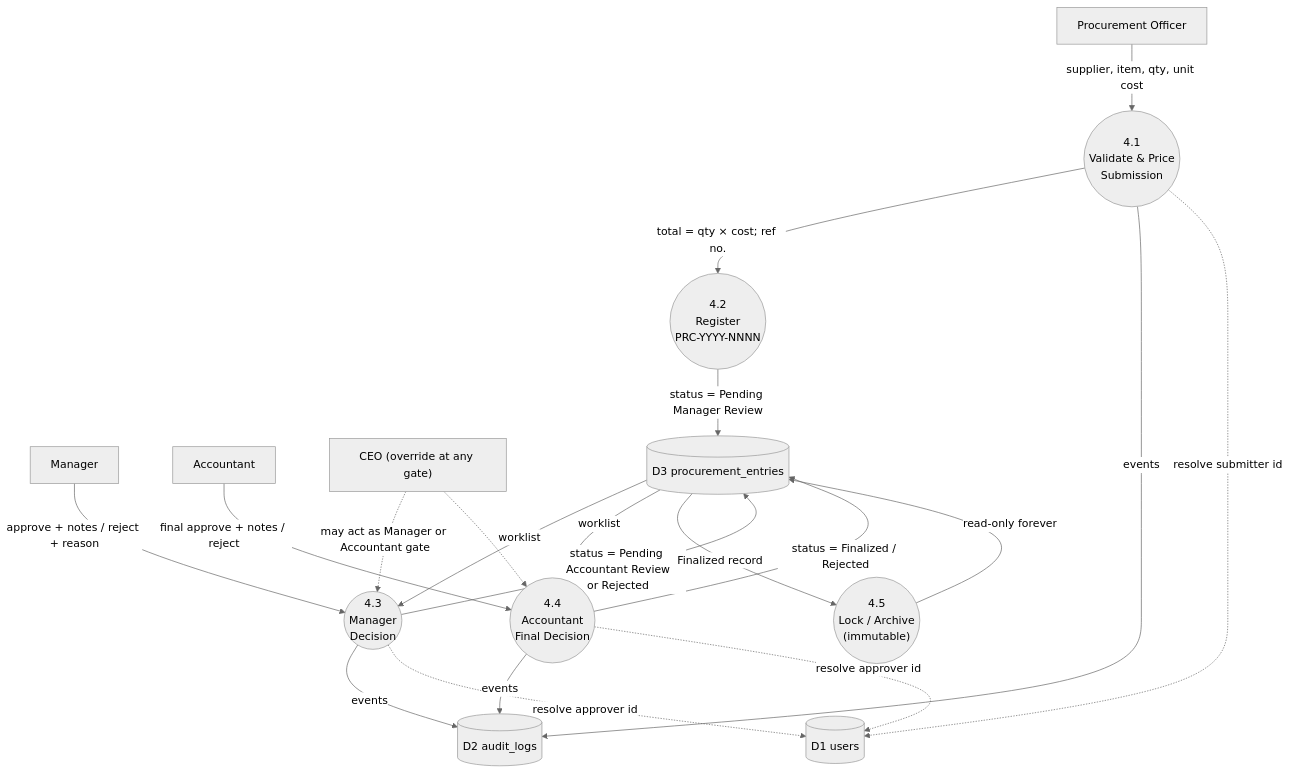
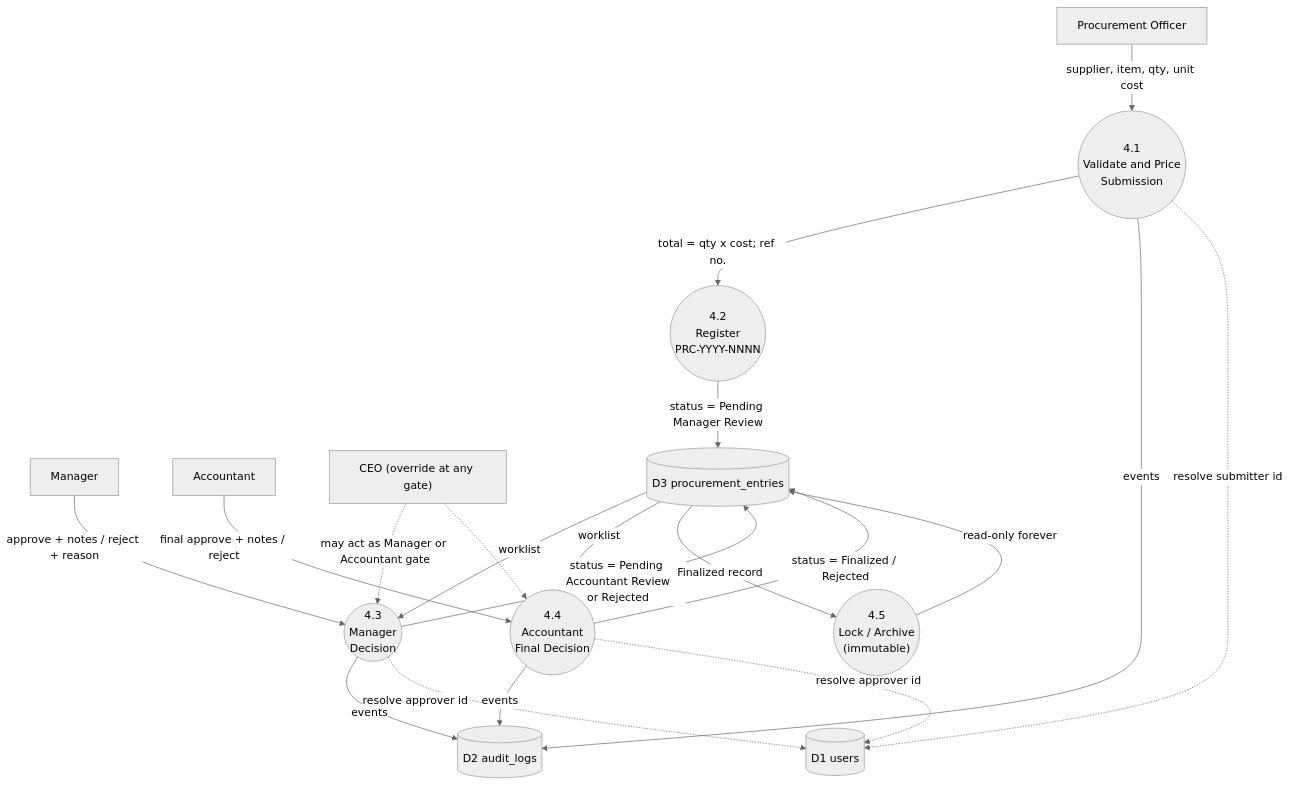
The third of 6 diagrams in docs/02-data-flow-diagrams.md (yohan-sudo/epms-local), drawn with Mermaid (neutral theme) before and after one commit. The commit also changed other lines of this file and 62 other files, not shown here.

First line of the commit message:
Remove role switcher, enforce uppercase names, make docs pure portable Mermaid

````diff
--- a/docs/02-data-flow-diagrams.md
+++ b/docs/02-data-flow-diagrams.md
@@ -120,34 +145,37 @@
 ```mermaid
-flowchart TB
+graph TB
     PO["Procurement Officer"]
     MGR["Manager"]
     ACC["Accountant"]
     CEO["CEO (override at any gate)"]
 
-    P41(("4.1<br/>Validate & Price<br/>Submission"))
+    P41(("4.1<br/>Validate and Price<br/>Submission"))
     P42(("4.2<br/>Register<br/>PRC-YYYY-NNNN"))
     P43(("4.3<br/>Manager<br/>Decision"))
     P44(("4.4<br/>Accountant<br/>Final Decision"))
     P45(("4.5<br/>Lock / Archive<br/>(immutable)"))
 
     D1[("D1 users")]
     D3[("D3 procurement_entries")]
     D2[("D2 audit_logs")]
 
     PO -->|"supplier, item, qty, unit cost"| P41
-    P41 -->|"total = qty × cost; ref no."| P42
+    P41 -->|"total = qty x cost; ref no."| P42
     P42 -->|"status = Pending Manager Review"| D3
     D3 -->|"worklist"| P43
     MGR -->|"approve + notes / reject + reason"| P43
     P43 -->|"status = Pending Accountant Review<br/>or Rejected"| D3
     D3 -->|"worklist"| P44
     ACC -->|"final approve + notes / reject"| P44
     P44 -->|"status = Finalized / Rejected"| D3
     D3 -->|"Finalized record"| P45
     P45 -->|"read-only forever"| D3
-    P41 & P43 & P44 -->|"events"| D2
+    P41 -->|"events"| D2
+    P43 -->|"events"| D2
+    P44 -->|"events"| D2
     P41 -.->|"resolve submitter id"| D1
-    P43 & P44 -.->|"resolve approver id"| D1
+    P43 -.->|"resolve approver id"| D1
+    P44 -.->|"resolve approver id"| D1
     CEO -.->|"may act as Manager or Accountant gate"| P43
     CEO -.-> P44
 ```
````
